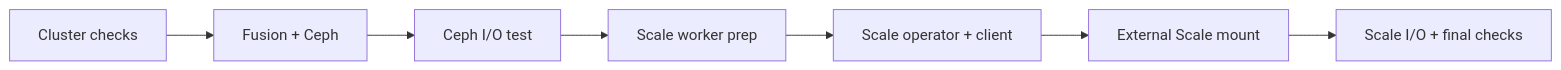
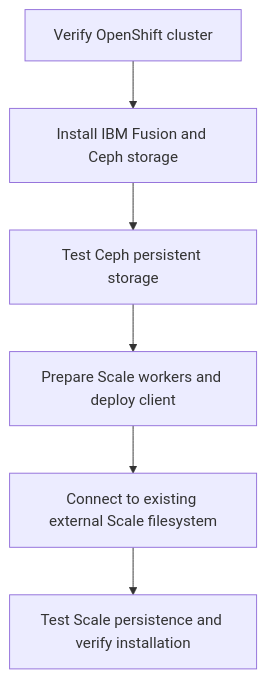
One commit to ryanbeaty-ibm/ibm-fusion-techzone-automation changed the diagram in README.md. Above: the diagram before and after it, drawn with Mermaid. The commit also changed other lines of this file, not shown here.

````diff
--- a/README.md
+++ b/README.md
@@ -23,9 +54,8 @@
 ```mermaid
-flowchart LR
-    A[Cluster checks] --> B[Fusion + Ceph]
-    B --> C[Ceph I/O test]
-    C --> D[Scale worker prep]
-    D --> E[Scale operator + client]
-    E --> F[External Scale mount]
-    F --> G[Scale I/O + final checks]
+flowchart TD
+    A[Verify OpenShift cluster] --> B[Install IBM Fusion and Ceph storage]
+    B --> C[Test Ceph persistent storage]
+    C --> D[Prepare Scale workers and deploy client]
+    D --> E[Connect to existing external Scale filesystem]
+    E --> F[Test Scale persistence and verify installation]
 ```
````
